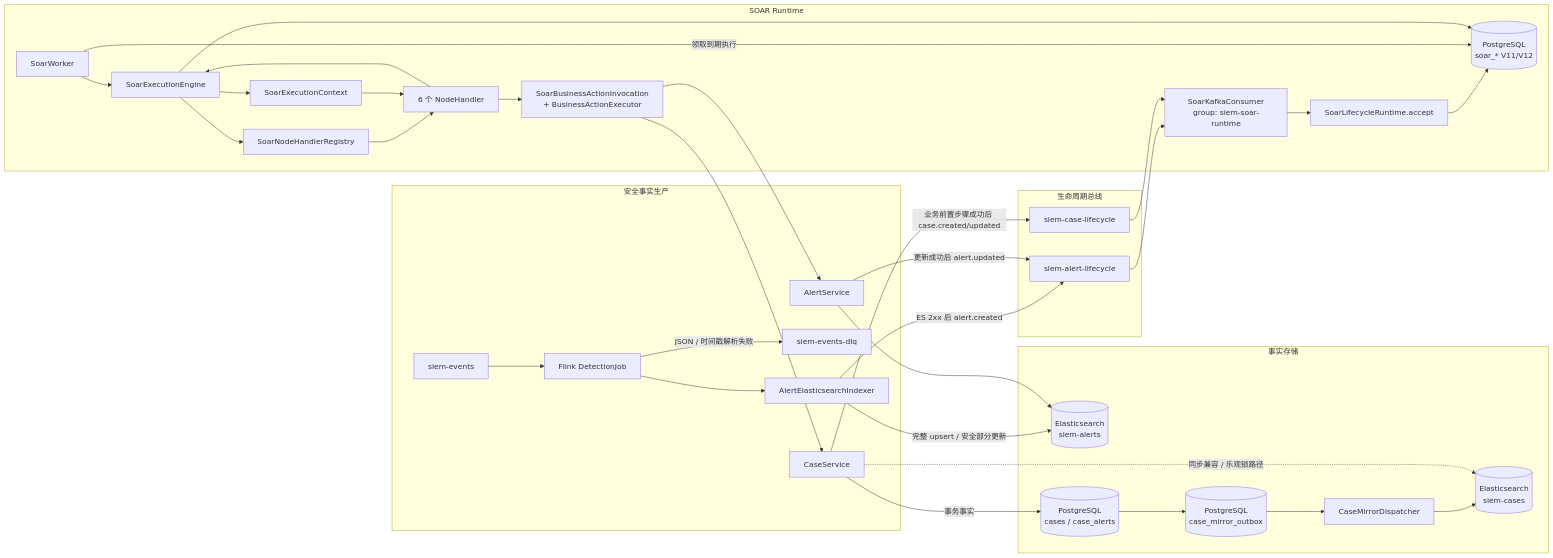
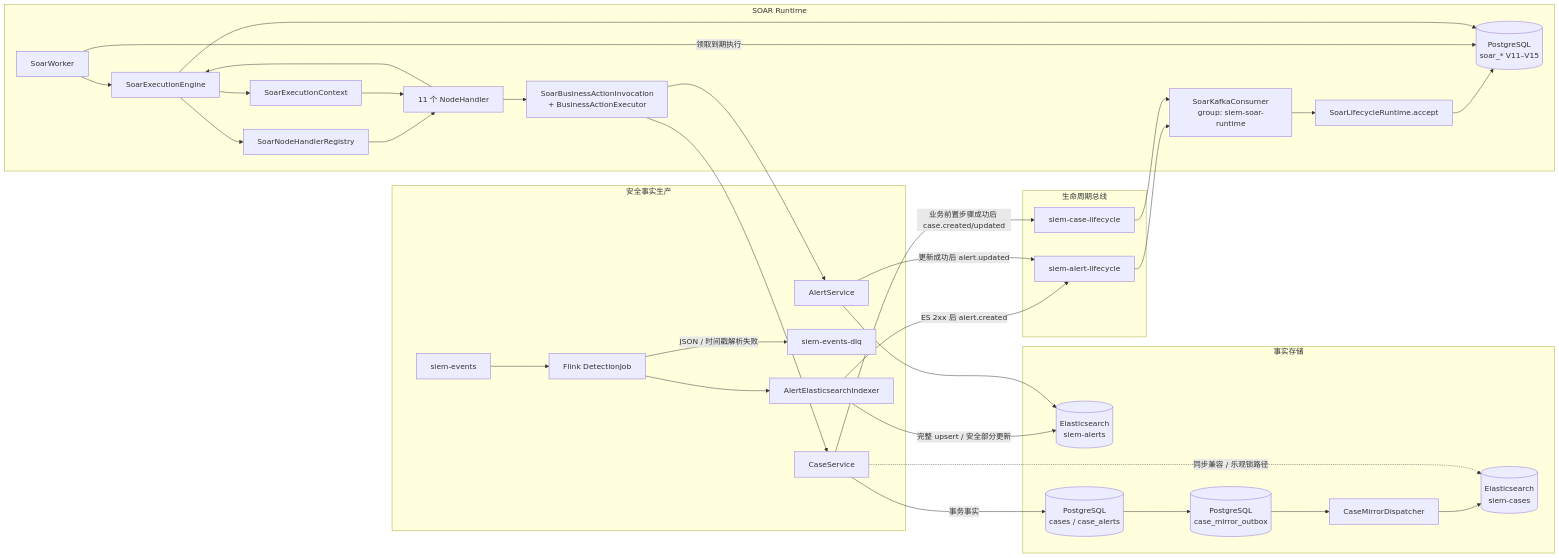
Before and after one commit to xsc683/HISIEM: the first of 7 diagrams in docs/design/soar-runtime-architecture.md, drawn with Mermaid. The commit also changed other lines of this file and 71 other files, not shown here.

````diff
--- a/docs/design/soar-runtime-architecture.md
+++ b/docs/design/soar-runtime-architecture.md
@@ -21,61 +21,61 @@
 ```mermaid
 flowchart LR
     subgraph Facts["安全事实生产"]
         EV["siem-events"] --> FLINK["Flink DetectionJob"]
         FLINK --> IDX["AlertElasticsearchIndexer"]
         FLINK -->|"JSON / 时间戳解析失败"| EVENT_DLQ["siem-events-dlq"]
         ALERT_API["AlertService"]
         CASE_API["CaseService"]
     end
 
     subgraph Stores["事实存储"]
         ES_ALERT[("Elasticsearch\nsiem-alerts")]
         ES_CASE[("Elasticsearch\nsiem-cases")]
         PG_CASE[("PostgreSQL\ncases / case_alerts")]
         CASE_OUTBOX[("PostgreSQL\ncase_mirror_outbox")]
         CASE_DISPATCHER["CaseMirrorDispatcher"]
     end
 
     subgraph Bus["生命周期总线"]
         AT["siem-alert-lifecycle"]
         CT["siem-case-lifecycle"]
     end
 
     subgraph Runtime["SOAR Runtime"]
         CONSUMER["SoarKafkaConsumer\ngroup: siem-soar-runtime"]
         MATCHER["SoarLifecycleRuntime.accept"]
         WORKER["SoarWorker"]
         ENGINE["SoarExecutionEngine"]
         CONTEXT["SoarExecutionContext"]
         REGISTRY["SoarNodeHandlerRegistry"]
-        HANDLERS["6 个 NodeHandler"]
+        HANDLERS["11 个 NodeHandler"]
         ACTIONS["SoarBusinessActionInvocation\n+ BusinessActionExecutor"]
-        PG_SOAR[("PostgreSQL\nsoar_* V11/V12")]
+        PG_SOAR[("PostgreSQL\nsoar_* V11–V15")]
     end
 
     IDX -->|"完整 upsert / 安全部分更新"| ES_ALERT
     IDX -->|"ES 2xx 后 alert.created"| AT
     ALERT_API --> ES_ALERT
     ALERT_API -->|"更新成功后 alert.updated"| AT
     CASE_API -->|"事务事实"| PG_CASE
     PG_CASE --> CASE_OUTBOX
     CASE_OUTBOX --> CASE_DISPATCHER --> ES_CASE
     CASE_API -.->|"同步兼容 / 乐观锁路径"| ES_CASE
     CASE_API -->|"业务前置步骤成功后 case.created/updated"| CT
 
     AT --> CONSUMER
     CT --> CONSUMER
     CONSUMER --> MATCHER
     MATCHER --> PG_SOAR
     WORKER -->|"领取到期执行"| PG_SOAR
     WORKER --> ENGINE
     ENGINE --> CONTEXT
     ENGINE --> REGISTRY
     REGISTRY --> HANDLERS
     CONTEXT --> HANDLERS
     HANDLERS --> ENGINE
     ENGINE --> PG_SOAR
     HANDLERS --> ACTIONS
     ACTIONS --> ALERT_API
     ACTIONS --> CASE_API
 ```
````
